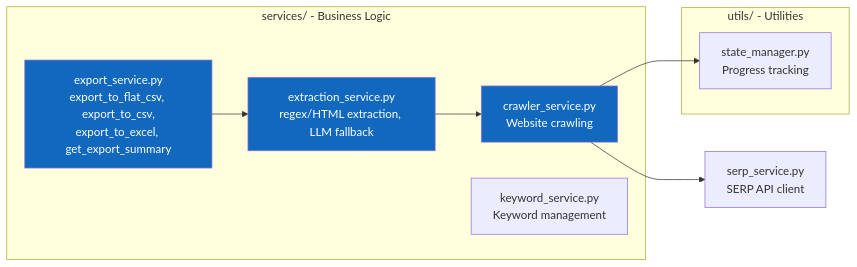
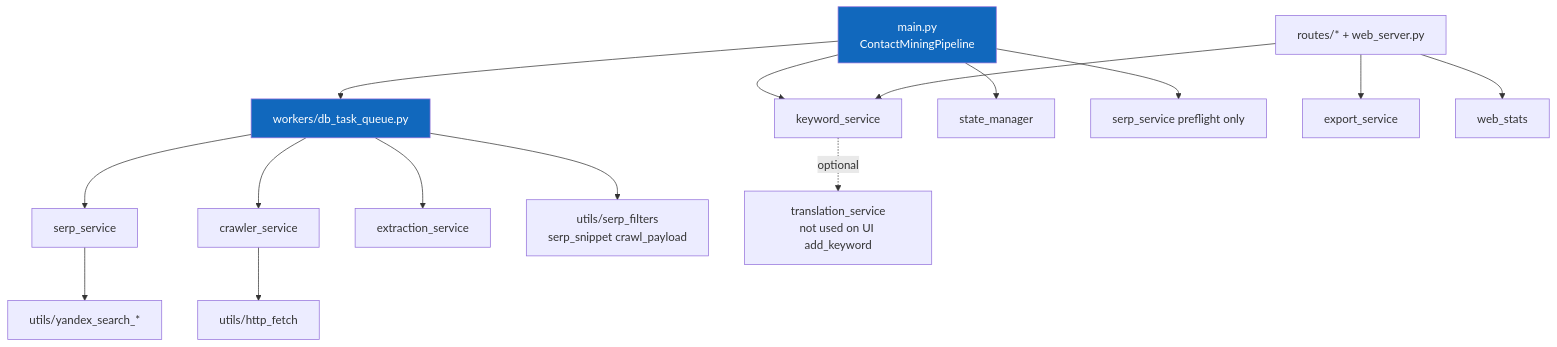
Before and after one commit to hauptmann1971/b2b-contact-miner: the sixth of 8 diagrams in doc/C4_ARCHITECTURE.md, drawn with Mermaid. The commit also changed other lines of this file, not shown here.

First line of the commit message:
Rewrite C4 diagrams to match DB task queue architecture.

````diff
--- a/doc/C4_ARCHITECTURE.md
+++ b/doc/C4_ARCHITECTURE.md
@@ -258,24 +272,28 @@
 ```mermaid
-graph LR
-    subgraph "services/ - Business Logic"
-        CrawlerService[crawler_service.py<br/>Website crawling]
-        ExtractionService[extraction_service.py<br/>regex/HTML extraction, LLM fallback]
-        ExportService[export_service.py<br/>export_to_flat_csv, export_to_csv,<br/>export_to_excel, get_export_summary]
-        KeywordService[keyword_service.py<br/>Keyword management]
-    end
-    
-    SerpService[serp_service.py<br/>SERP API client]
-    
-    subgraph "utils/ - Utilities"
-        StateManager[state_manager.py<br/>Progress tracking]
-    end
-    
-    CrawlerService --> SerpService
-    ExtractionService --> CrawlerService
-    ExportService --> ExtractionService
-    CrawlerService --> StateManager
-    
-    style CrawlerService fill:#1168bd,color:#fff
-    style ExtractionService fill:#1168bd,color:#fff
-    style ExportService fill:#1168bd,color:#fff
+graph TB
+    Main[main.py<br/>ContactMiningPipeline]
+    Queue[workers/db_task_queue.py]
+    Web[routes/* + web_server.py]
+
+    Main --> Queue
+    Main --> KW[keyword_service]
+    Main --> SM[state_manager]
+    Main --> SerpP[serp_service preflight only]
+
+    Queue --> Serp[serp_service]
+    Queue --> Crawl[crawler_service]
+    Queue --> Ext[extraction_service]
+    Queue --> SF[utils/serp_filters<br/>serp_snippet crawl_payload]
+
+    Web --> KW
+    Web --> Exp[export_service]
+    Web --> WS[web_stats]
+
+    KW -.->|optional| Trans[translation_service<br/>not used on UI add_keyword]
+
+    Crawl --> HF[utils/http_fetch]
+    Serp --> YX[utils/yandex_search_*]
+
+    style Queue fill:#1168bd,color:#fff
+    style Main fill:#1168bd,color:#fff
 ```
````
